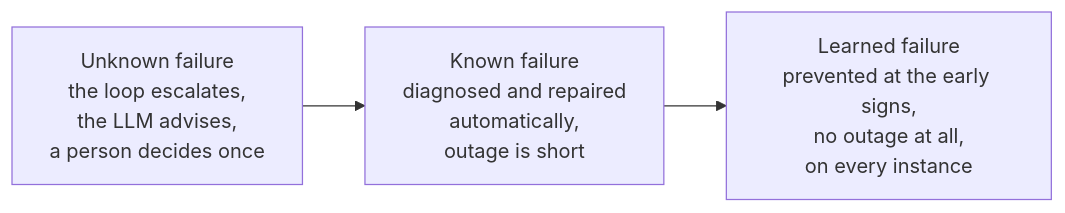
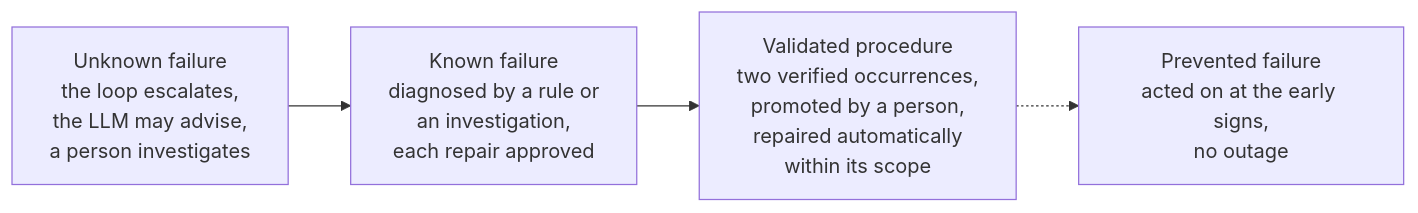
Before and after one commit to TusharShingrani/Self-healing-infrastructure: the diagram in docs/context-report.md, drawn with Mermaid. The commit also changed other lines of this file and 11 other files, not shown here.

First line of the commit message:
Bring docs and diagrams in line with the reviewed two-loop setup

````diff
--- a/docs/context-report.md
+++ b/docs/context-report.md
@@ -121,5 +121,6 @@
 ```mermaid
 flowchart LR
-    u["Unknown failure<br/>the loop escalates,<br/>the LLM advises,<br/>a person decides once"] --> k["Known failure<br/>diagnosed and repaired<br/>automatically,<br/>outage is short"]
-    k --> p["Learned failure<br/>prevented at the early signs,<br/>no outage at all,<br/>on every instance"]
+    u["Unknown failure<br/>the loop escalates,<br/>the LLM may advise,<br/>a person investigates"] --> k["Known failure<br/>diagnosed by a rule or<br/>an investigation,<br/>each repair approved"]
+    k --> v["Validated procedure<br/>two verified occurrences,<br/>promoted by a person,<br/>repaired automatically<br/>within its scope"]
+    v -.-> p["Prevented failure<br/>acted on at the early signs,<br/>no outage"]
 ```
````
